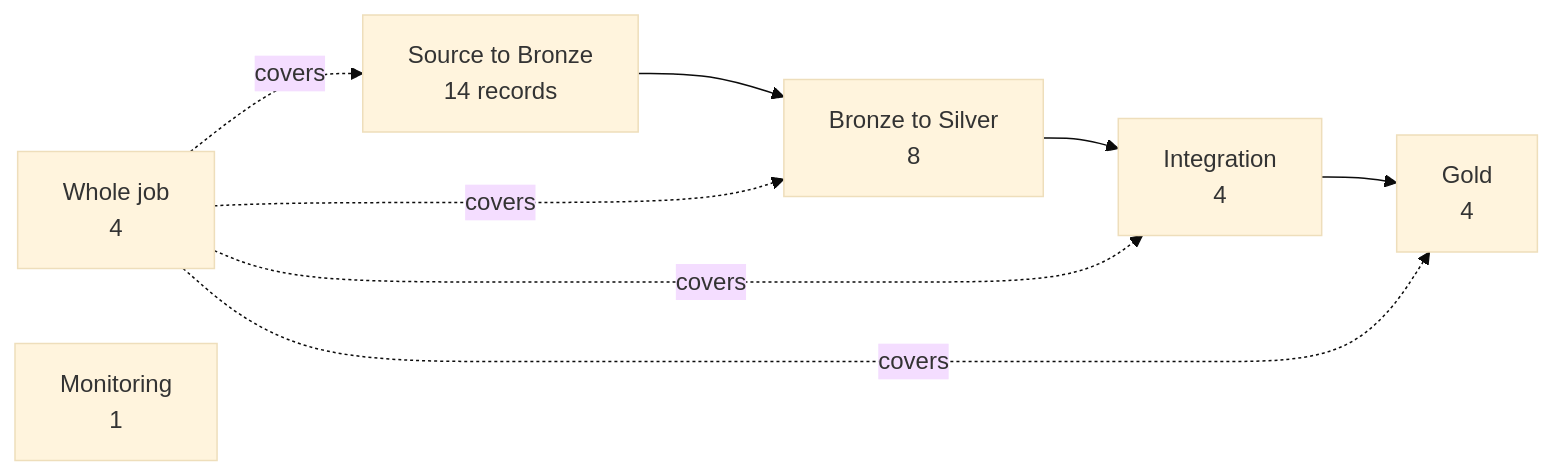
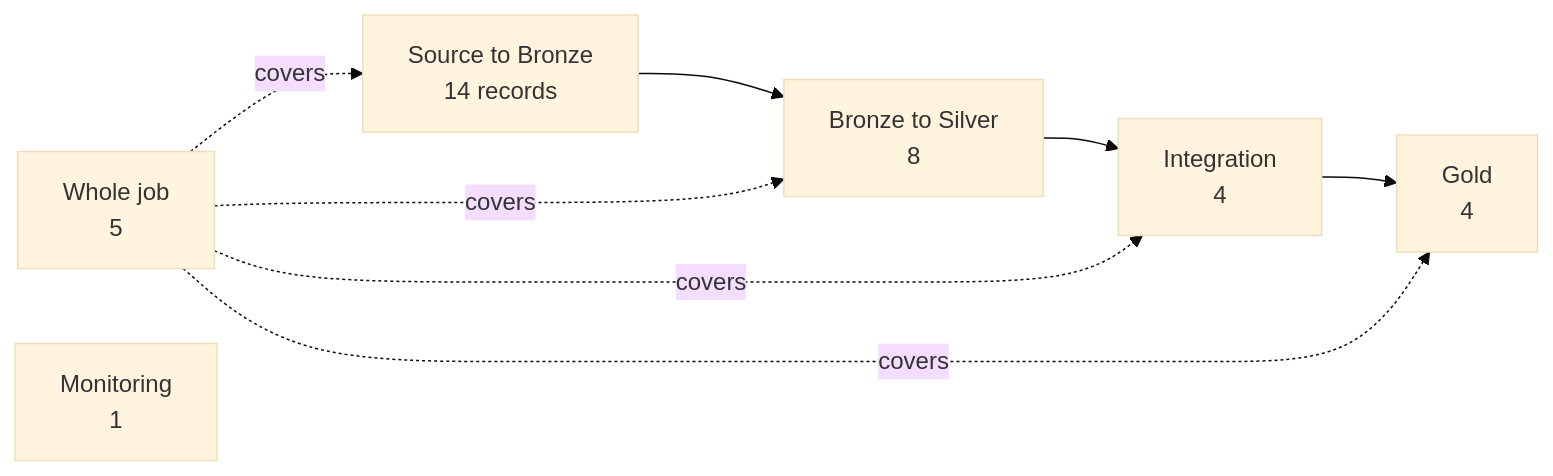
One commit to reached-hq/edu-access-intelligence changed the diagram in evidence/pipeline-runs/README.md. Above: the diagram before and after it, drawn with Mermaid (base theme). The commit also changed other lines of this file and 2 other files, not shown here.

Commit message:
Record the Databricks dev run of the boundary map and dim_school_location

````diff
--- a/evidence/pipeline-runs/README.md
+++ b/evidence/pipeline-runs/README.md
@@ -5,6 +5,6 @@
 ```mermaid
 flowchart LR
     bronze[Source to Bronze<br/>14 records] --> silver[Bronze to Silver<br/>8] --> integration[Integration<br/>4] --> gold[Gold<br/>4]
-    whole[Whole job<br/>4] -.covers.-> bronze & silver & integration & gold
+    whole[Whole job<br/>5] -.covers.-> bronze & silver & integration & gold
     monitoring[Monitoring<br/>1]
 ```
````
